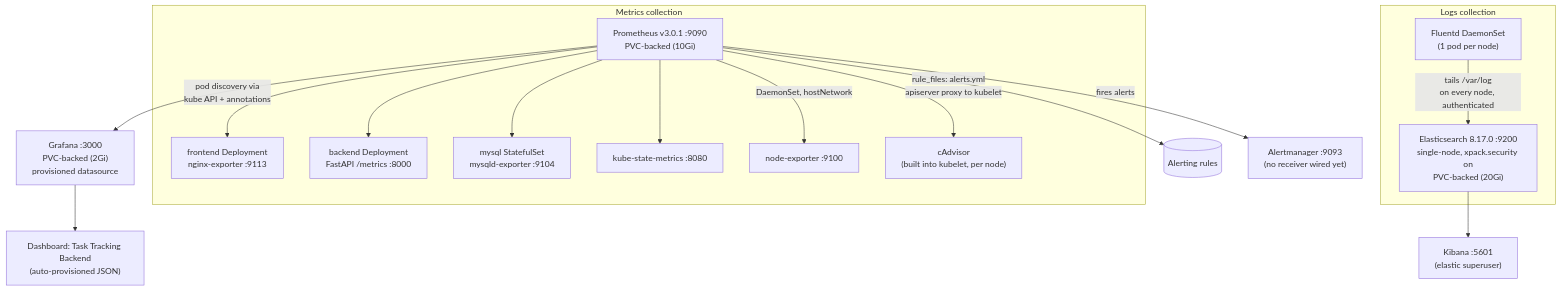
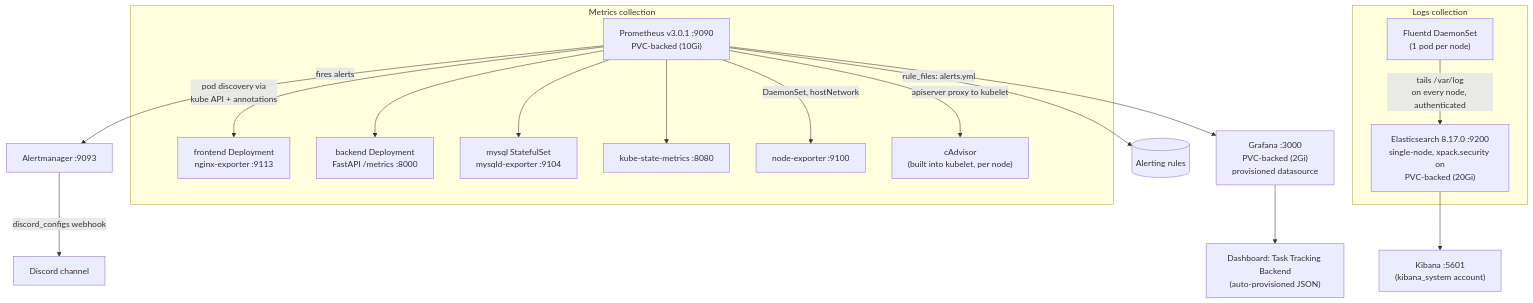
The third of 4 diagrams in docs/ARCHITECTURE-AND-MONITORING.md (Olalekog/task-tracking-app-gitops), drawn with Mermaid before and after one commit. The commit also changed other lines of this file, not shown here.

First line of the commit message:
Expand metrics documentation and bring alerting/Kibana sections current

````diff
--- a/docs/ARCHITECTURE-AND-MONITORING.md
+++ b/docs/ARCHITECTURE-AND-MONITORING.md
@@ -86,20 +86,21 @@
 ```mermaid
 flowchart TB
     subgraph Metrics collection
         Prom["Prometheus v3.0.1 :9090\nPVC-backed (10Gi)"] -->|pod discovery via\nkube API + annotations| FEExp[frontend Deployment\nnginx-exporter :9113]
         Prom --> BE[backend Deployment\nFastAPI /metrics :8000]
         Prom --> DBExp[mysql StatefulSet\nmysqld-exporter :9104]
         Prom --> KSM[kube-state-metrics :8080]
         Prom -->|"DaemonSet, hostNetwork"| NE[node-exporter :9100]
         Prom -->|"apiserver proxy to kubelet"| CAD["cAdvisor\n(built into kubelet, per node)"]
     end
     Prom -->|"rule_files: alerts.yml"| Rules[(Alerting rules)]
-    Prom -->|fires alerts| AM["Alertmanager :9093\n(no receiver wired yet)"]
+    Prom -->|fires alerts| AM["Alertmanager :9093"]
+    AM -->|discord_configs webhook| Discord["Discord channel"]
     Prom --> Graf["Grafana :3000\nPVC-backed (2Gi)\nprovisioned datasource"]
     Graf --> Dash["Dashboard: Task Tracking Backend\n(auto-provisioned JSON)"]
 
     subgraph Logs collection
         FluentdDS["Fluentd DaemonSet\n(1 pod per node)"] -->|"tails /var/log\non every node, authenticated"| ES["Elasticsearch 8.17.0 :9200\nsingle-node, xpack.security on\nPVC-backed (20Gi)"]
     end
-    ES --> Kib["Kibana :5601\n(elastic superuser)"]
+    ES --> Kib["Kibana :5601\n(kibana_system account)"]
 ```
````
